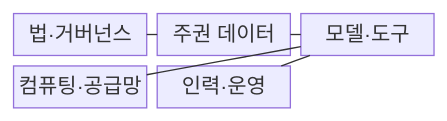
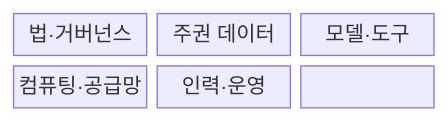
One commit to agnusdei1207/knowledge-base changed the first of 2 diagrams in src/content/docs/notes/08-latest-tech/183_sovereign_ai.md. Above: the diagram before and after it, drawn with Mermaid. The commit also changed other lines of this file and 228 other files, not shown here.

````diff
--- a/src/content/docs/notes/08-latest-tech/183_sovereign_ai.md
+++ b/src/content/docs/notes/08-latest-tech/183_sovereign_ai.md
@@ -50,13 +49,11 @@
 ```mermaid
 block-beta
   columns 3
-  A["법·거버넌스"]
-  B["주권 데이터"]
-  C["모델·도구"]
-  D["컴퓨팅·공급망"]
-  E["인력·운영"]
-  A --- B
-  B --- C
-  D --- C
-  E --- C
+  N0["법·거버넌스"]
+  N1["주권 데이터"]
+  N2["모델·도구"]
+  N3["컴퓨팅·공급망"]
+  N4["인력·운영"]
+  N0 --- N1 --- N2
+  N2 --- N3 --- N4
 ```
````
